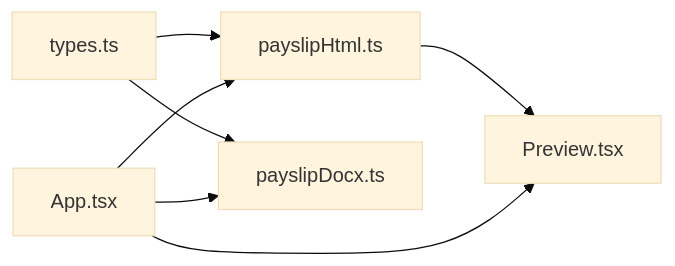
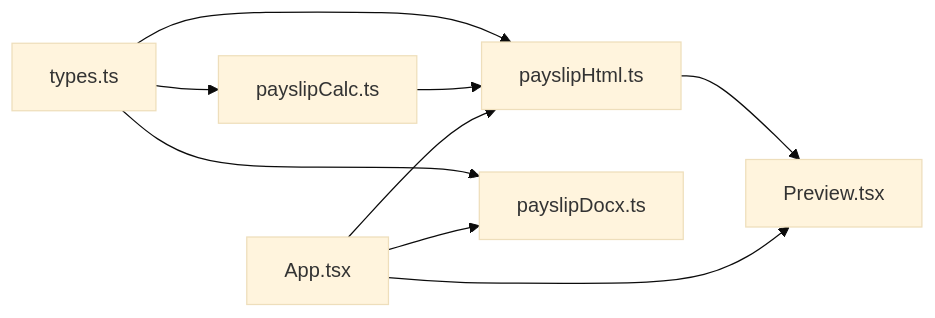
One commit to MdodoIng/salery-slip-generater changed the eighth of 8 diagrams in .qoder/repowiki/en/content/Core Modules/Payslip Template Engine.md. Above: the diagram before and after it, drawn with Mermaid (base theme). The commit also changed other lines of this file and 22 other files, not shown here.

````diff
--- a/.qoder/repowiki/en/content/Core Modules/Payslip Template Engine.md
+++ b/.qoder/repowiki/en/content/Core Modules/Payslip Template Engine.md
@@ -280,9 +387,11 @@
 ```mermaid
 graph LR
-Types["types.ts"] --> Html["payslipHtml.ts"]
+Types["types.ts"] --> Calc["payslipCalc.ts"]
+Types --> Html["payslipHtml.ts"]
 Types --> Docx["payslipDocx.ts"]
+Calc --> Html
 Html --> Preview["Preview.tsx"]
 App["App.tsx"] --> Html
 App --> Docx
 App --> Preview
 ```
````
